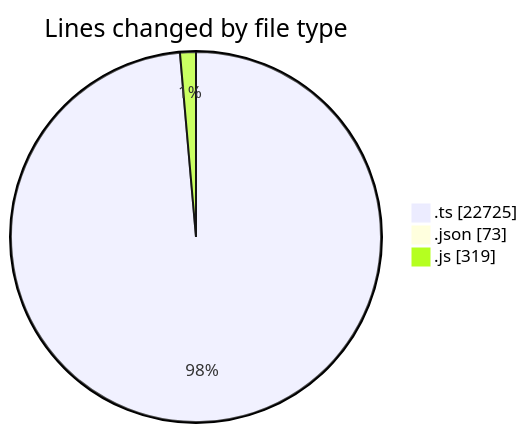
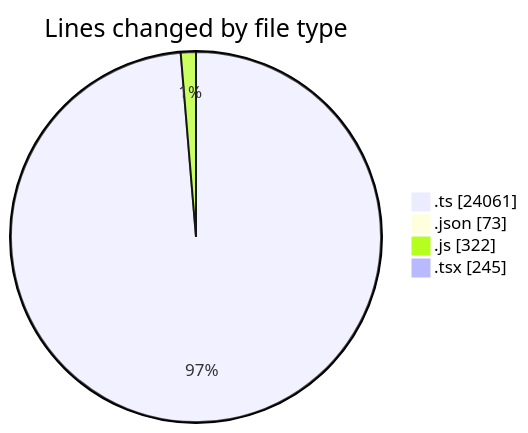
The first of 2 diagrams in 2025-09-10/cda/README.md (momahboobian/code-tracking), drawn with Mermaid before and after one commit. The commit also changed other lines of this file and 1 other file, not shown here.

````diff
--- a/2025-09-10/cda/README.md
+++ b/2025-09-10/cda/README.md
@@ -30,7 +33,8 @@
 ```mermaid
 pie showData
 title Lines changed by file type
-".ts" : 22725
+".ts" : 24061
 ".json" : 73
-".js" : 319
+".js" : 322
+".tsx" : 245
 ```
````
